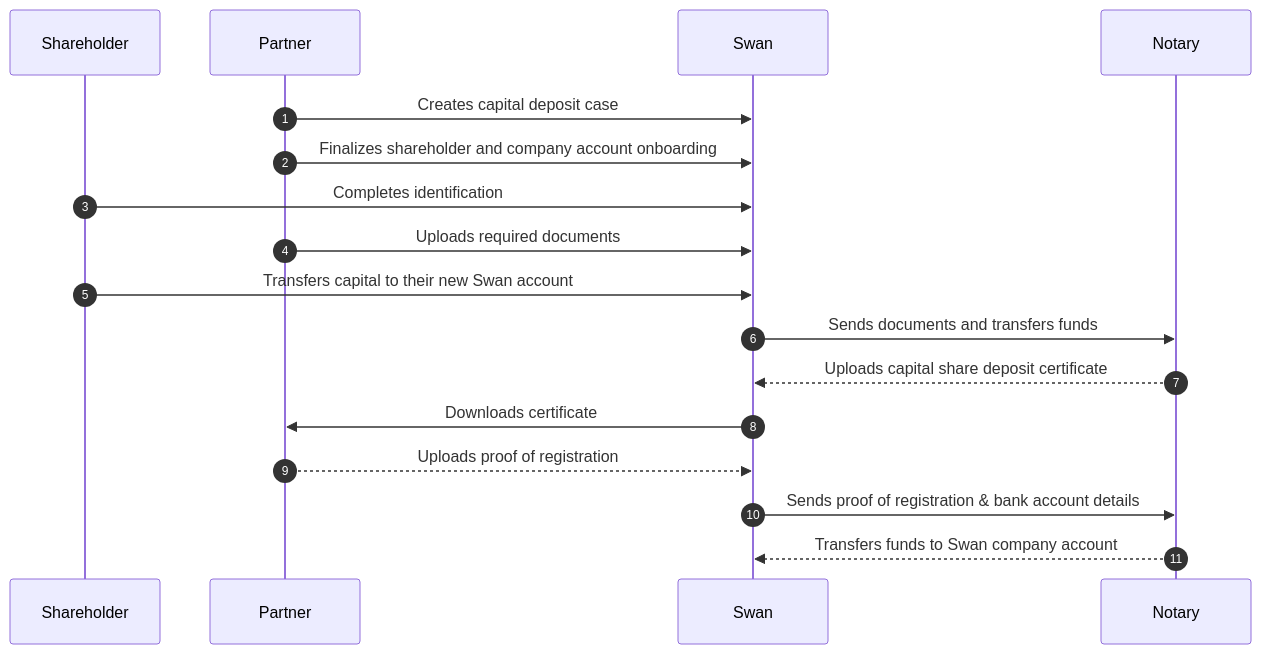
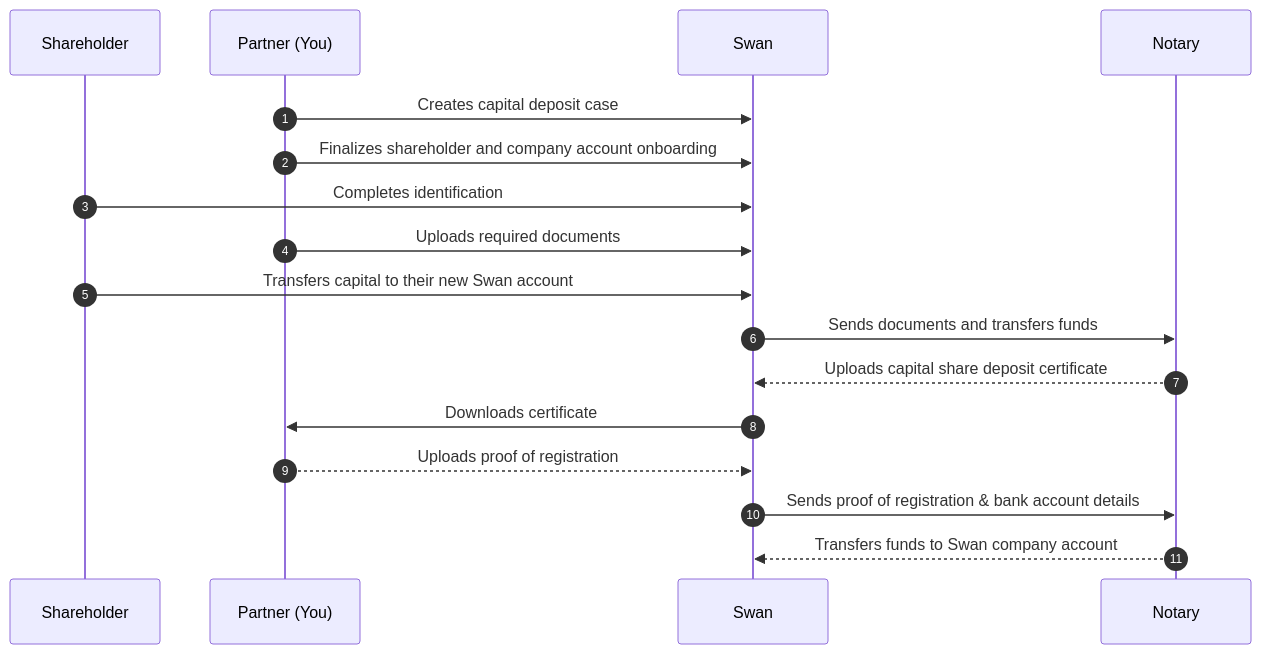
Before and after one commit to swan-io/docs: the fourth of 4 diagrams in docs/topics/capital-deposits/index.mdx, drawn with Mermaid. The commit also changed other lines of this file, not shown here.

````diff
--- a/docs/topics/capital-deposits/index.mdx
+++ b/docs/topics/capital-deposits/index.mdx
@@ -247,19 +247,19 @@
 ```mermaid
 sequenceDiagram
 autonumber
 participant SH as Shareholder
-participant P as Partner
+participant P as Partner (You)
 participant S as Swan
 participant N as Notary
     P->>S: Creates capital deposit case
     P->>S: Finalizes shareholder and company account onboarding
     SH->>S: Completes identification
     P->>S: Uploads required documents
     SH->>S: Transfers capital to their new Swan account
     S ->> N: Sends documents and transfers funds
     N -->> S: Uploads capital share deposit certificate
     S ->> P: Downloads certificate
     P -->> S: Uploads proof of registration
     S ->> N: Sends proof of registration & bank account details
     N -->> S: Transfers funds to Swan company account
 ```
````
